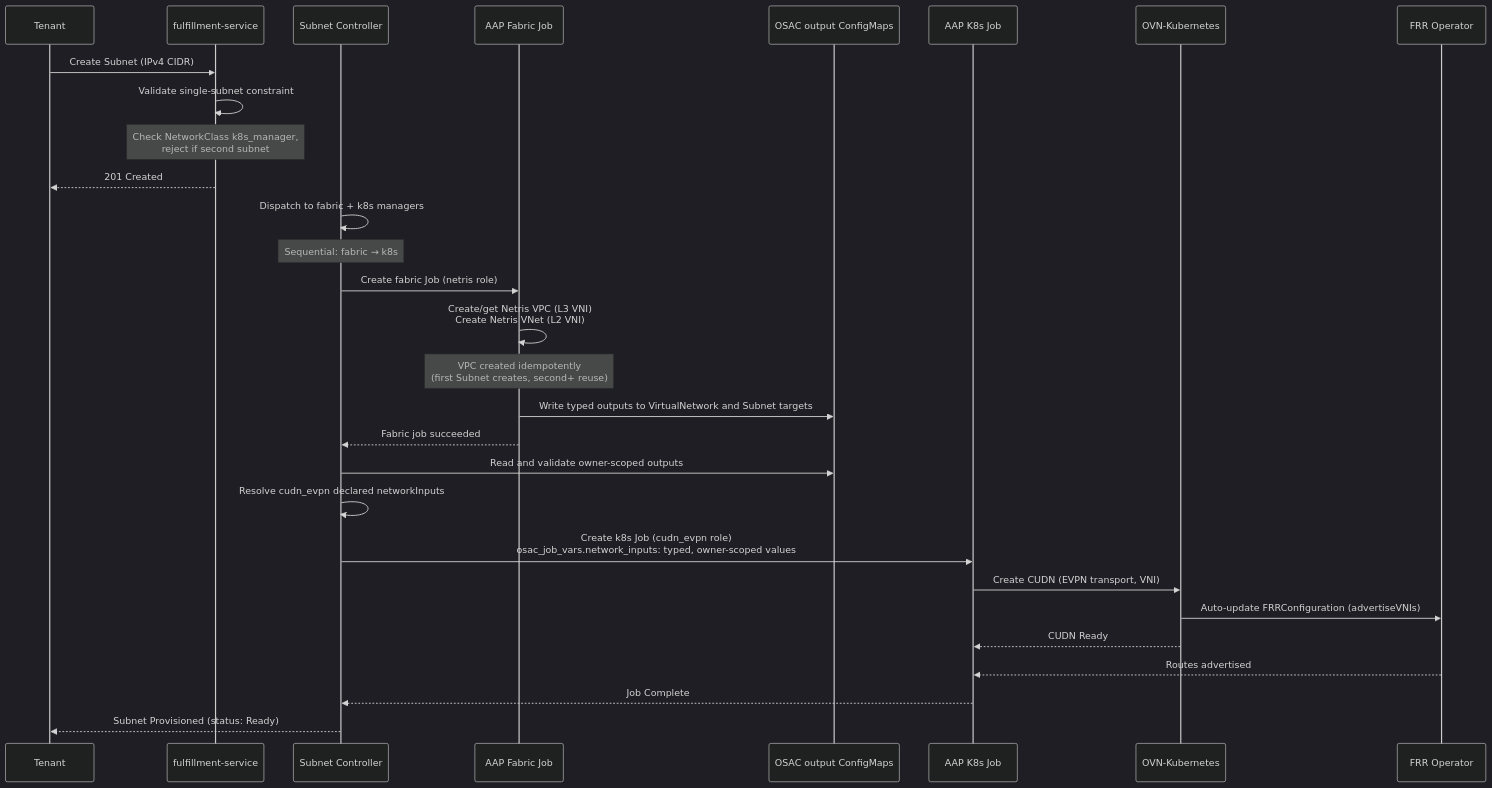
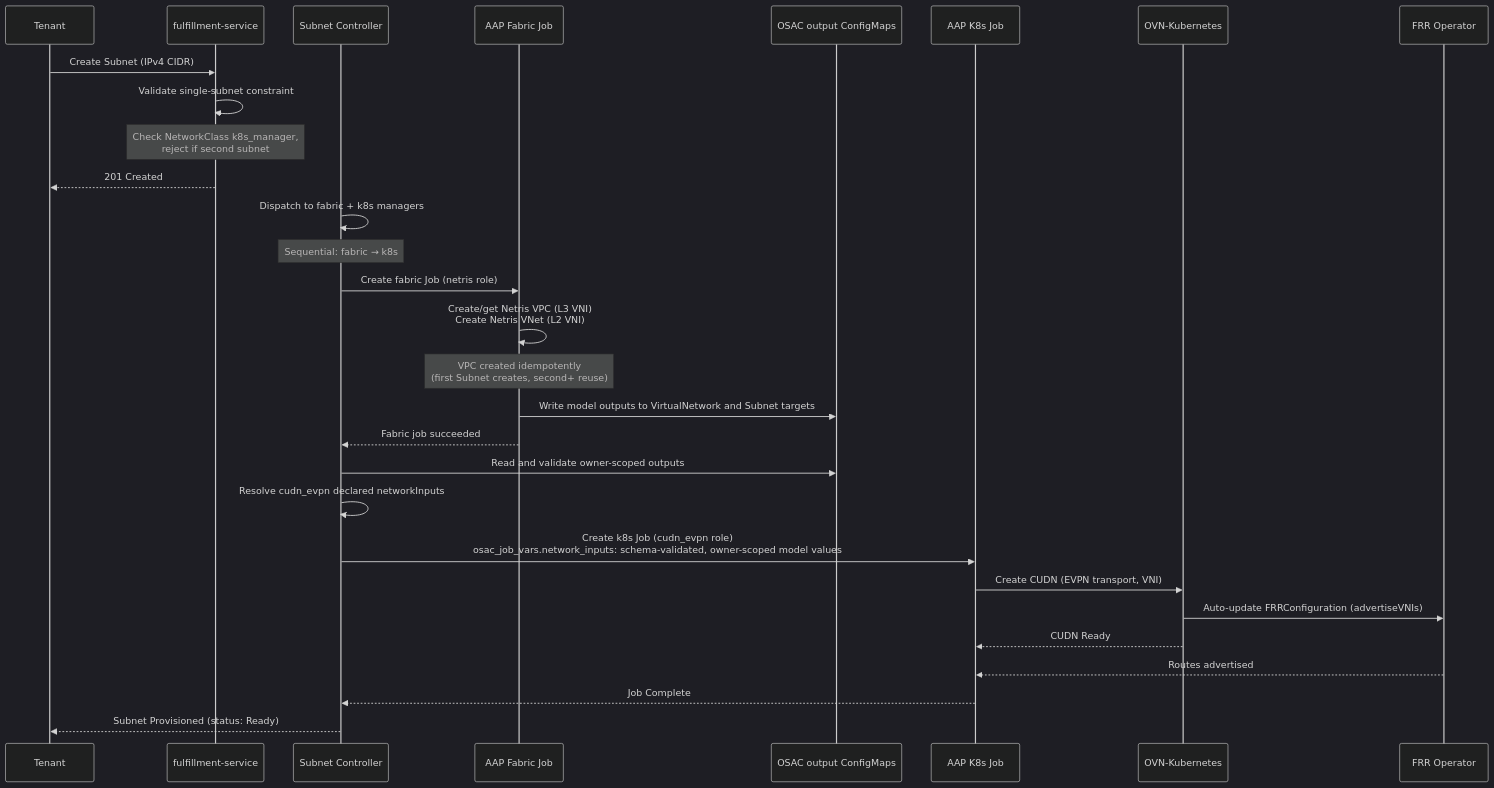
The diagram in enhancements/OSAC-4291-cudn-evpn-k8s-manager-phase-1-networking/design.md (danmanor/enhancement-proposals), drawn with Mermaid (dark theme) before and after one commit. The commit also changed other lines of this file and 6 other files, not shown here.

````diff
--- a/enhancements/OSAC-4291-cudn-evpn-k8s-manager-phase-1-networking/design.md
+++ b/enhancements/OSAC-4291-cudn-evpn-k8s-manager-phase-1-networking/design.md
@@ -158,37 +159,37 @@
 ```mermaid
 sequenceDiagram
     participant Tenant
     participant API as fulfillment-service
     participant Controller as Subnet Controller
     participant AAP as AAP Fabric Job
     participant Outputs as OSAC output ConfigMaps
     participant K8s as AAP K8s Job
     participant OVN as OVN-Kubernetes
     participant FRR as FRR Operator
 
     Tenant->>API: Create Subnet (IPv4 CIDR)
     API->>API: Validate single-subnet constraint
     Note over API: Check NetworkClass k8s_manager,<br/>reject if second subnet
     API-->>Tenant: 201 Created
 
     Controller->>Controller: Dispatch to fabric + k8s managers
     Note over Controller: Sequential: fabric → k8s
 
     Controller->>AAP: Create fabric Job (netris role)
     AAP->>AAP: Create/get Netris VPC (L3 VNI)<br/>Create Netris VNet (L2 VNI)
     Note over AAP: VPC created idempotently<br/>(first Subnet creates, second+ reuse)
-    AAP->>Outputs: Write typed outputs to VirtualNetwork and Subnet targets
+    AAP->>Outputs: Write model outputs to VirtualNetwork and Subnet targets
     AAP-->>Controller: Fabric job succeeded
 
     Controller->>Outputs: Read and validate owner-scoped outputs
     Controller->>Controller: Resolve cudn_evpn declared networkInputs
-    Controller->>K8s: Create k8s Job (cudn_evpn role)<br/>osac_job_vars.network_inputs: typed, owner-scoped values
+    Controller->>K8s: Create k8s Job (cudn_evpn role)<br/>osac_job_vars.network_inputs: schema-validated, owner-scoped model values
 
     K8s->>OVN: Create CUDN (EVPN transport, VNI)
     OVN->>FRR: Auto-update FRRConfiguration (advertiseVNIs)
     OVN-->>K8s: CUDN Ready
     FRR-->>K8s: Routes advertised
     K8s-->>Controller: Job Complete
 
     Controller-->>Tenant: Subnet Provisioned (status: Ready)
 ```
````
